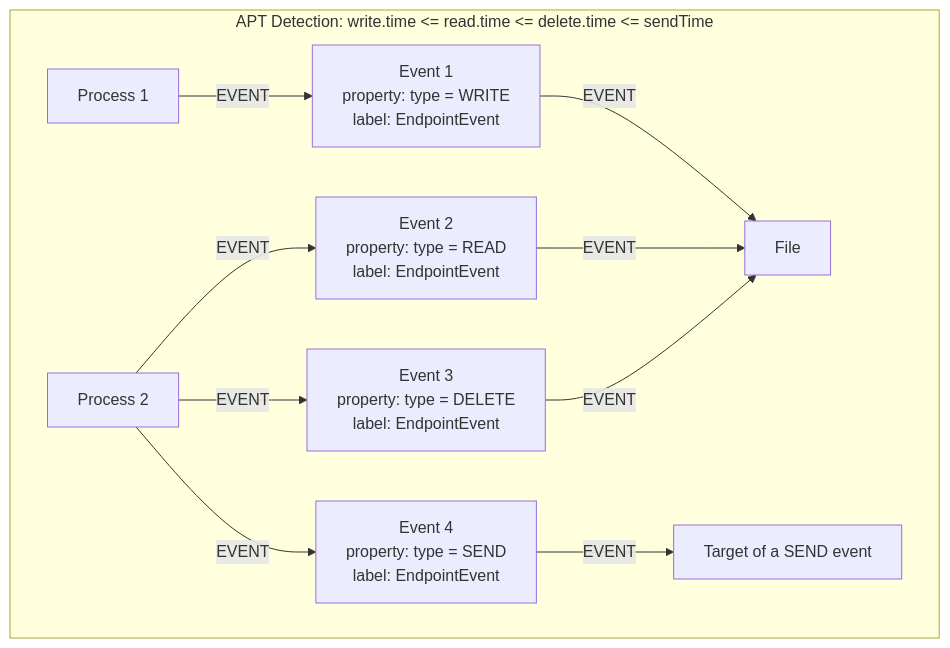
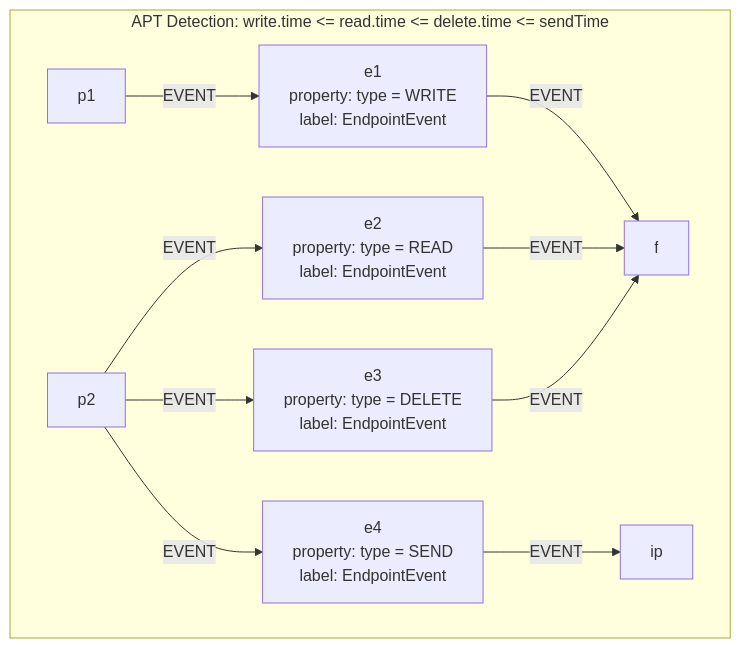
One commit to Andy-42/graph2 changed the diagram in src/test/scala/andy42/graph/sample/aptdetection/apt-detection.md. Above: the diagram before and after it, drawn with Mermaid. The commit also changed other lines of this file and 4 other files, not shown here.

````diff
--- a/src/test/scala/andy42/graph/sample/aptdetection/apt-detection.md
+++ b/src/test/scala/andy42/graph/sample/aptdetection/apt-detection.md
@@ -50,21 +50,21 @@
 ```mermaid
 flowchart TD
 subgraph Subgraph["APT Detection: write.time <= read.time <= delete.time <= sendTime"]
-ip[Target of a SEND event]
-e1[Event 1\nproperty: type = WRITE\nlabel: EndpointEvent]
-f[File]
-e4[Event 4\nproperty: type = SEND\nlabel: EndpointEvent]
-e3[Event 3\nproperty: type = DELETE\nlabel: EndpointEvent]
-p2[Process 2]
-e2[Event 2\nproperty: type = READ\nlabel: EndpointEvent]
-p1[Process 1]
+ip[ip]
+e1[e1\nproperty: type = WRITE\nlabel: EndpointEvent]
+f[f]
+e4[e4\nproperty: type = SEND\nlabel: EndpointEvent]
+e3[e3\nproperty: type = DELETE\nlabel: EndpointEvent]
+p2[p2]
+e2[e2\nproperty: type = READ\nlabel: EndpointEvent]
+p1[p1]
 p1 --> |EVENT| e1
 e1 --> |EVENT| f
 p2 --> |EVENT| e2
 e2 --> |EVENT| f
 p2 --> |EVENT| e3
 e3 --> |EVENT| f
 p2 --> |EVENT| e4
 e4 --> |EVENT| ip
 end
 ```
````
